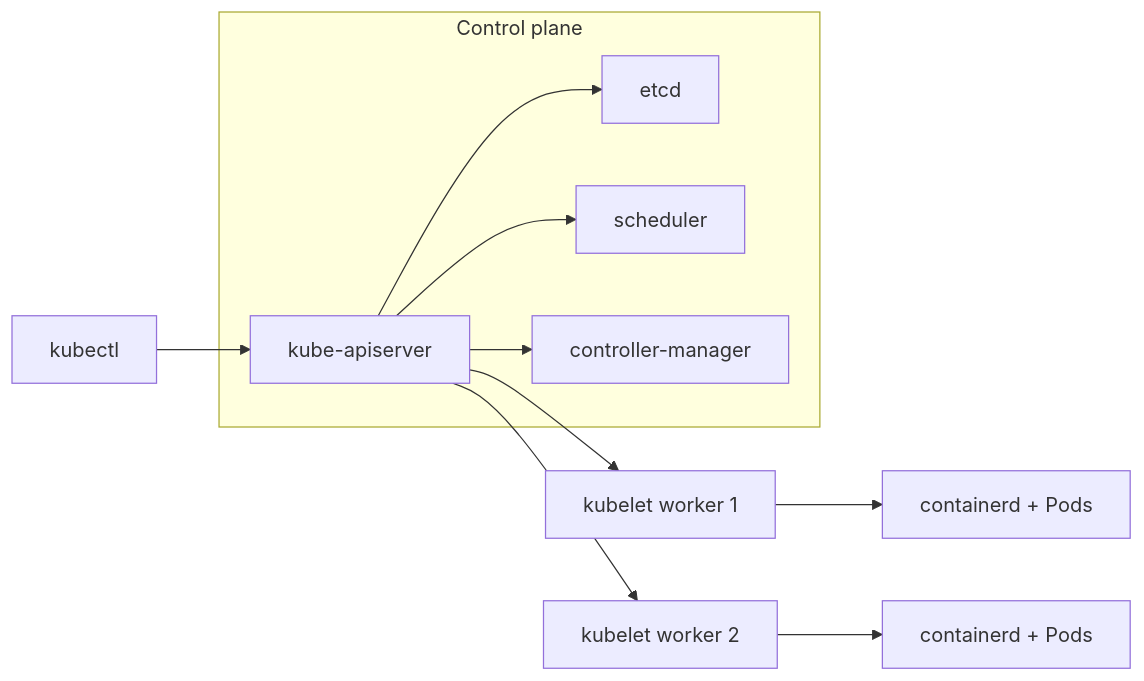
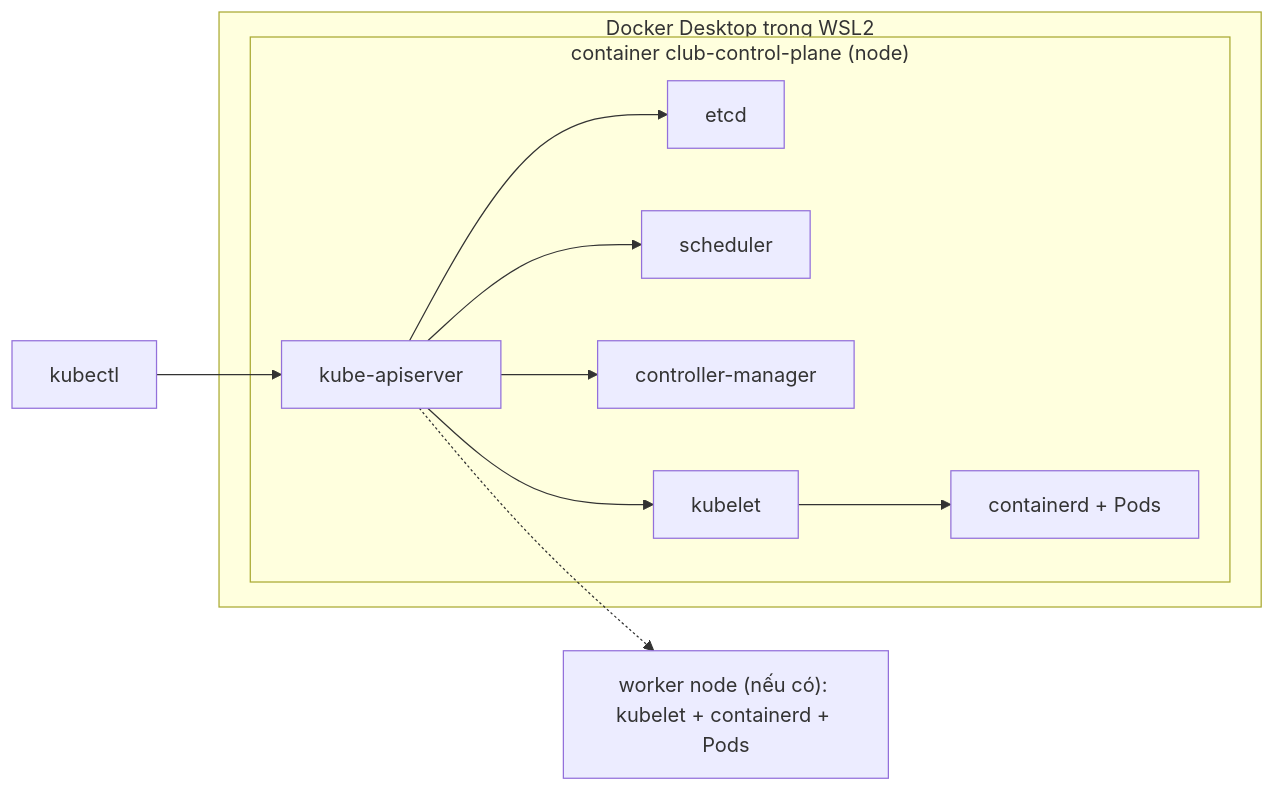
Before and after one commit to TienNHM/devops-course: the diagram in labs/week-11/session-21.md, drawn with Mermaid. The commit also changed other lines of this file and 266 other files, not shown here.

````diff
--- a/labs/week-11/session-21.md
+++ b/labs/week-11/session-21.md
@@ -83,13 +64,14 @@
 ```mermaid
 flowchart LR
-  U["kubectl"] --> API["kube-apiserver"]
-  subgraph CP["Control plane"]
-    API --> ETCD["etcd"]
-    API --> SCH["scheduler"]
-    API --> CM["controller-manager"]
+  U["kubectl"] --> API
+  subgraph D["Docker Desktop trong WSL2"]
+    subgraph N1["container club-control-plane (node)"]
+      API["kube-apiserver"] --> ETCD["etcd"]
+      API --> SCH["scheduler"]
+      API --> CM["controller-manager"]
+      API --> K1["kubelet"]
+      K1 --> R1["containerd + Pods"]
+    end
   end
-  API --> K1["kubelet worker 1"]
-  API --> K2["kubelet worker 2"]
-  K1 --> R1["containerd + Pods"]
-  K2 --> R2["containerd + Pods"]
+  API -.-> W["worker node (nếu có): kubelet + containerd + Pods"]
 ```
````
